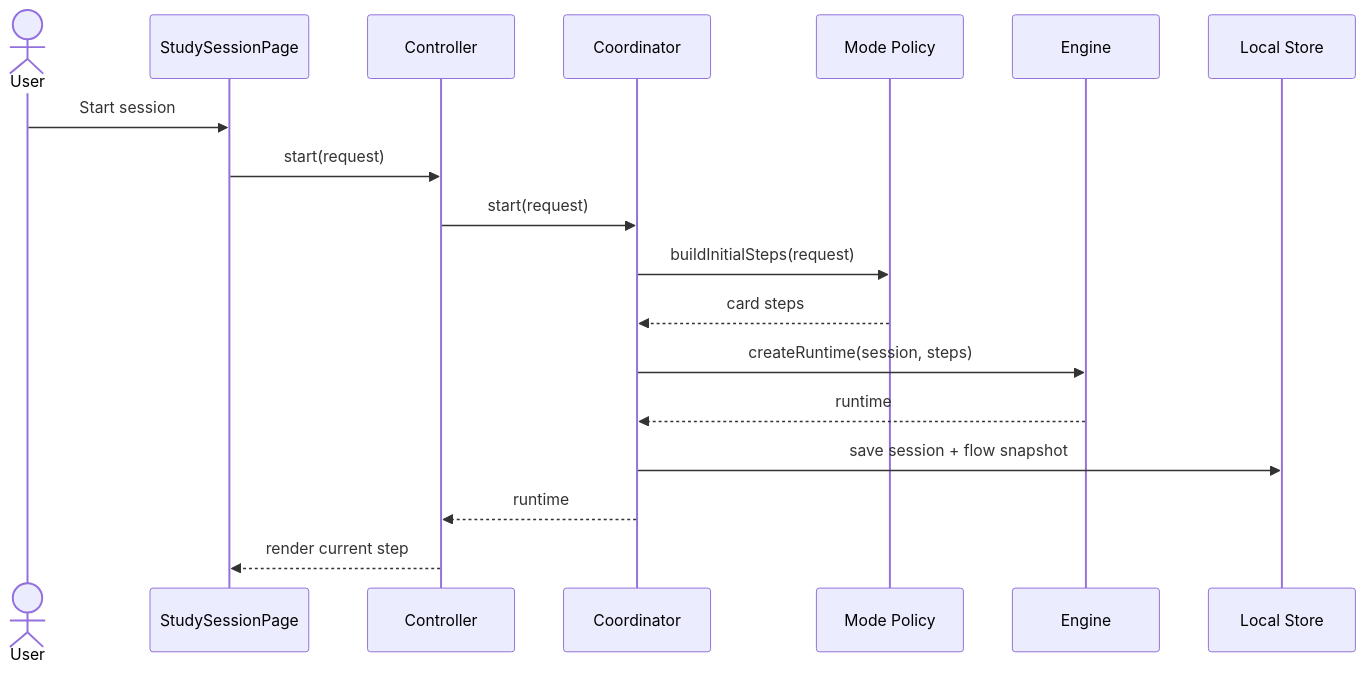
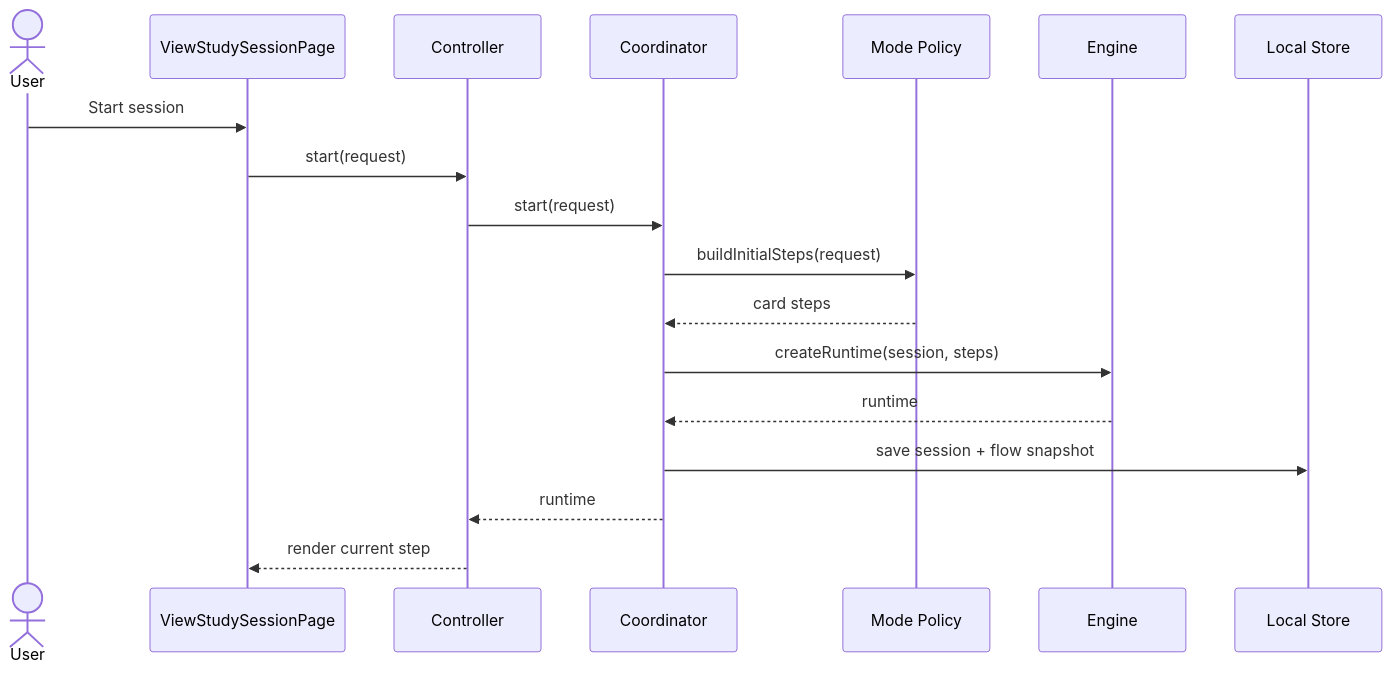
One commit to GuyWithBag/boo_mondai changed the fifth of 8 diagrams in lib/features/study_session/documentation/architecture.md. Above: the diagram before and after it, drawn with Mermaid. The commit also changed other lines of this file and 48 other files, not shown here.

Commit message:
feat(study): split session flow into study and result views

````diff
--- a/lib/features/study_session/documentation/architecture.md
+++ b/lib/features/study_session/documentation/architecture.md
@@ -385,21 +385,21 @@
 ```mermaid
 sequenceDiagram
     actor User
-    participant UI as StudySessionPage
+    participant UI as ViewStudySessionPage
     participant C as Controller
     participant O as Coordinator
     participant P as Mode Policy
     participant E as Engine
     participant DB as Local Store
 
     User->>UI: Start session
     UI->>C: start(request)
     C->>O: start(request)
     O->>P: buildInitialSteps(request)
     P-->>O: card steps
     O->>E: createRuntime(session, steps)
     E-->>O: runtime
     O->>DB: save session + flow snapshot
     O-->>C: runtime
     C-->>UI: render current step
 ```
````
